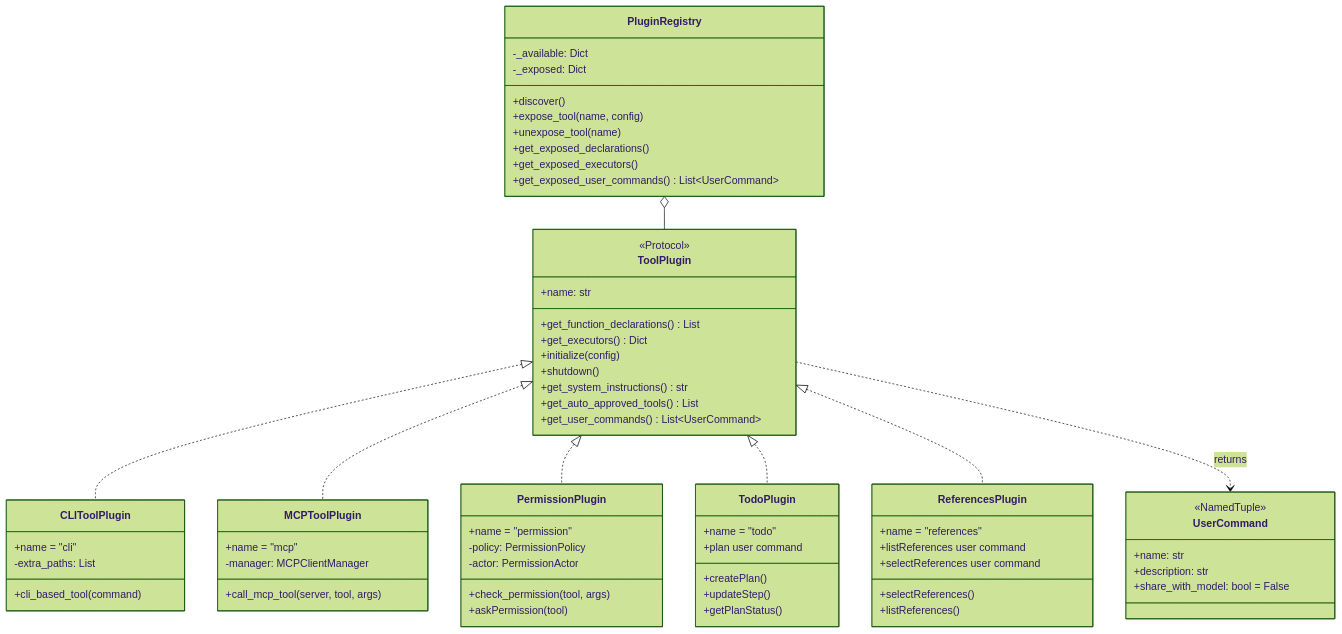
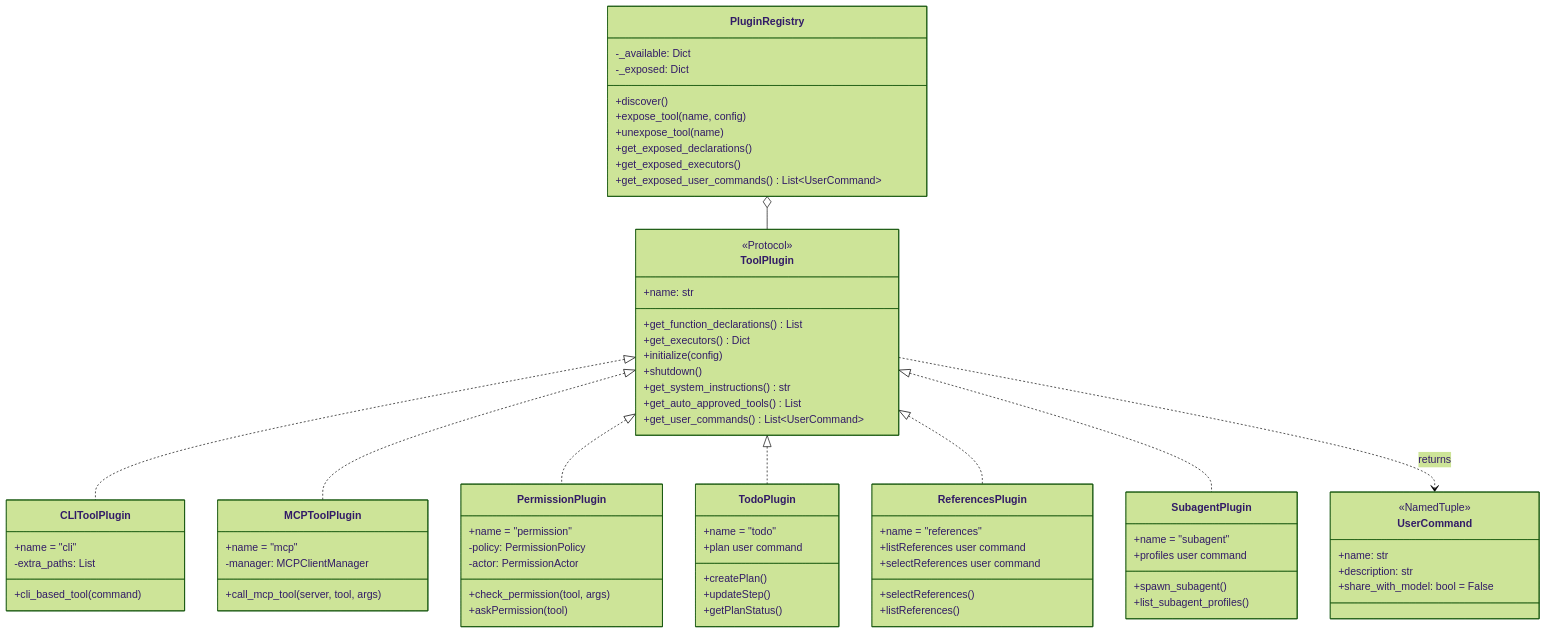
One commit to Jaato-framework-and-examples/jaato changed the third of 3 diagrams in docs/architecture.md. Above: the diagram before and after it, drawn with Mermaid (forest theme). The commit also changed other lines of this file and 1 other file, not shown here.

Commit message:
feat: Add profiles user command to subagent plugin
- Add get_user_commands() to SubagentPlugin returning 'profiles' command
- profiles command has share_with_model=True so model knows available profiles
- Add 'profiles' executor alias pointing to list_profiles
- Update architecture diagram with SubagentPlugin in all diagrams
- Add subagent plugin to file structure documentation

````diff
--- a/docs/architecture.md
+++ b/docs/architecture.md
@@ -202,11 +204,19 @@
         +selectReferences user command
     }
 
+    class SubagentPlugin {
+        +name = "subagent"
+        +spawn_subagent()
+        +list_subagent_profiles()
+        +profiles user command
+    }
+
     ToolPlugin <|.. CLIToolPlugin
     ToolPlugin <|.. MCPToolPlugin
     ToolPlugin <|.. PermissionPlugin
     ToolPlugin <|.. TodoPlugin
     ToolPlugin <|.. ReferencesPlugin
+    ToolPlugin <|.. SubagentPlugin
     PluginRegistry o-- ToolPlugin
     ToolPlugin ..> UserCommand : returns
 ```
````
